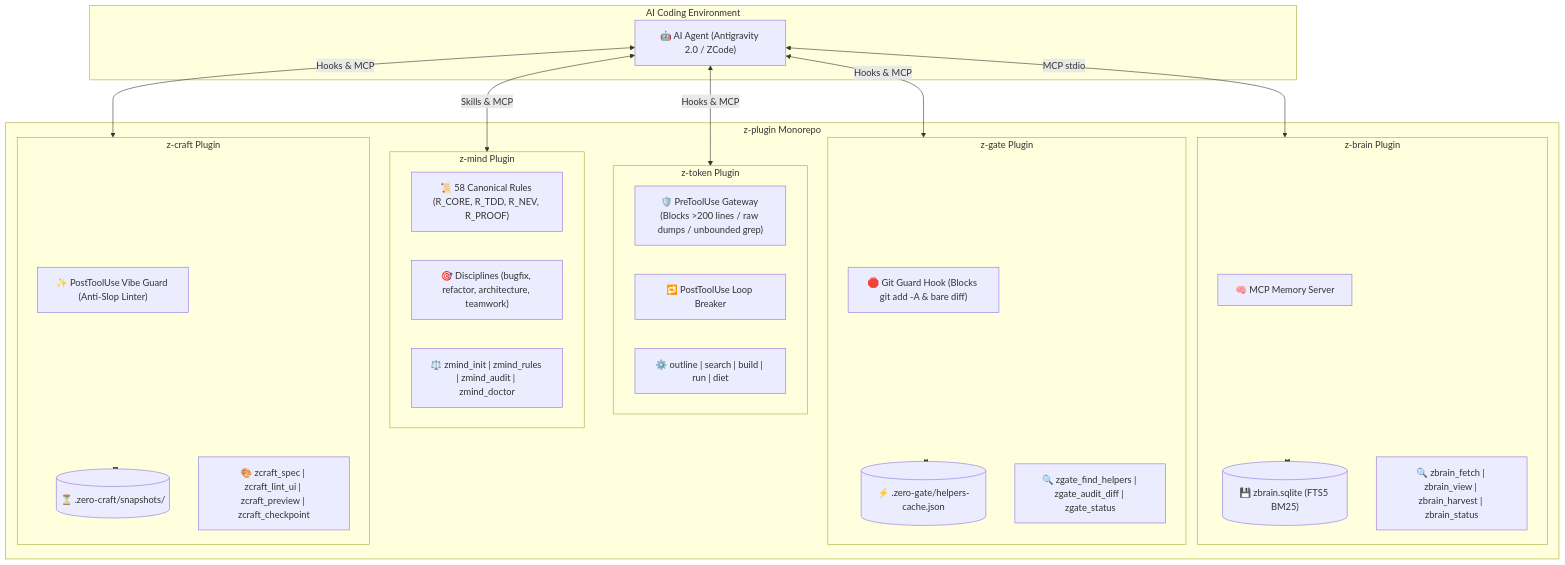
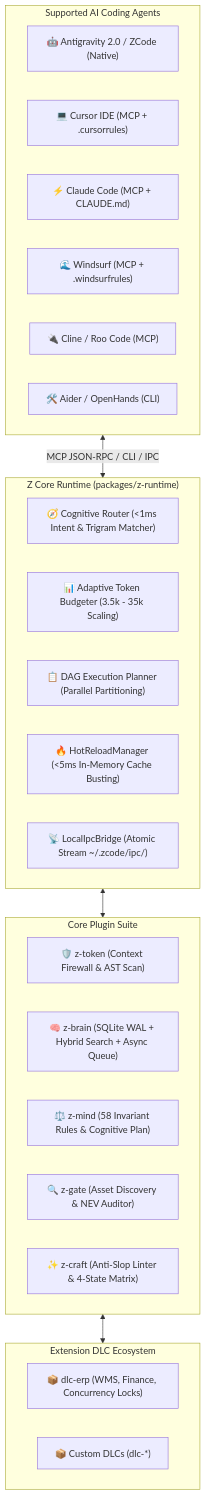
One commit to kzxl/z-plugin changed the diagram in README.md. Above: the diagram before and after it, drawn with Mermaid. The commit also changed other lines of this file and 22 other files, not shown here.

Commit message:
chore(release): bump version to 1.2.0 and update architectural documentation

````diff
--- a/README.md
+++ b/README.md
@@ -65,47 +80,36 @@
 ```mermaid
 flowchart TD
-    subgraph IDE ["AI Coding Environment"]
-        Agent["🤖 AI Agent (Antigravity 2.0 / ZCode)"]
+    subgraph Agents ["Supported AI Coding Agents"]
+        AGY["🤖 Antigravity 2.0 / ZCode (Native)"]
+        Cursor["💻 Cursor IDE (MCP + .cursorrules)"]
+        Claude["⚡ Claude Code (MCP + CLAUDE.md)"]
+        Windsurf["🌊 Windsurf (MCP + .windsurfrules)"]
+        Cline["🔌 Cline / Roo Code (MCP)"]
+        Aider["🛠️ Aider / OpenHands (CLI)"]
     end
 
-    subgraph ZPluginSuite ["z-plugin Monorepo"]
-        subgraph ZToken ["z-token Plugin"]
-            Guard["🛡️ PreToolUse Gateway (Blocks >200 lines / raw dumps / unbounded grep)"]
-            Loop["🔁 PostToolUse Loop Breaker"]
-            ToolsToken["⚙️ outline | search | build | run | diet"]
-        end
-
-        subgraph ZBrain ["z-brain Plugin"]
-            MCPBrain["🧠 MCP Memory Server"]
-            SQLite[("💾 zbrain.sqlite (FTS5 BM25)")]
-            ToolsBrain["🔍 zbrain_fetch | zbrain_view | zbrain_harvest | zbrain_status"]
-        end
-
-        subgraph ZMind ["z-mind Plugin"]
-            Rules["📜 58 Canonical Rules (R_CORE, R_TDD, R_NEV, R_PROOF)"]
-            Skills["🎯 Disciplines (bugfix, refactor, architecture, teamwork)"]
-            ToolsMind["⚖️ zmind_init | zmind_rules | zmind_audit | zmind_doctor"]
-        end
-
-        subgraph ZGate ["z-gate Plugin"]
-            GitGuard["🛑 Git Guard Hook (Blocks git add -A & bare diff)"]
-            Cache[("⚡ .zero-gate/helpers-cache.json")]
-            ToolsGate["🔍 zgate_find_helpers | zgate_audit_diff | zgate_status"]
-        end
-
-        subgraph ZCraft ["z-craft Plugin"]
-            VibeGuard["✨ PostToolUse Vibe Guard (Anti-Slop Linter)"]
-            TimeMachine[("⏳ .zero-craft/snapshots/")]
-            ToolsCraft["🎨 zcraft_spec | zcraft_lint_ui | zcraft_preview | zcraft_checkpoint"]
-        end
+    subgraph AEOSRuntime ["Z Core Runtime (packages/z-runtime)"]
+        Router["🧭 Cognitive Router (<1ms Intent & Trigram Matcher)"]
+        Budgeter["📊 Adaptive Token Budgeter (3.5k - 35k Scaling)"]
+        DAG["📋 DAG Execution Planner (Parallel Partitioning)"]
+        HotReload["🔥 HotReloadManager (<5ms In-Memory Cache Busting)"]
+        IPC["📡 LocalIpcBridge (Atomic Stream ~/.zcode/ipc/)"]
     end
 
-    Agent <-->|"Hooks & MCP"| ZToken
-    Agent <-->|"MCP stdio"| ZBrain
-    Agent <-->|"Skills & MCP"| ZMind
-    Agent <-->|"Hooks & MCP"| ZGate
-    Agent <-->|"Hooks & MCP"| ZCraft
-    ZBrain <--> SQLite
-    ZGate <--> Cache
-    ZCraft <--> TimeMachine
+    subgraph CorePlugins ["Core Plugin Suite"]
+        ZToken["🛡️ z-token (Context Firewall & AST Scan)"]
+        ZBrain["🧠 z-brain (SQLite WAL + Hybrid Search + Async Queue)"]
+        ZMind["⚖️ z-mind (58 Invariant Rules & Cognitive Plan)"]
+        ZGate["🔍 z-gate (Asset Discovery & NEV Auditor)"]
+        ZCraft["✨ z-craft (Anti-Slop Linter & 4-State Matrix)"]
+    end
+
+    subgraph Extensions ["Extension DLC Ecosystem"]
+        DLC_ERP["📦 dlc-erp (WMS, Finance, Concurrency Locks)"]
+        DLC_Custom["📦 Custom DLCs (dlc-*)"]
+    end
+
+    Agents <-->|"MCP JSON-RPC / CLI / IPC"| AEOSRuntime
+    AEOSRuntime <--> CorePlugins
+    CorePlugins <--> Extensions
 ```
````
